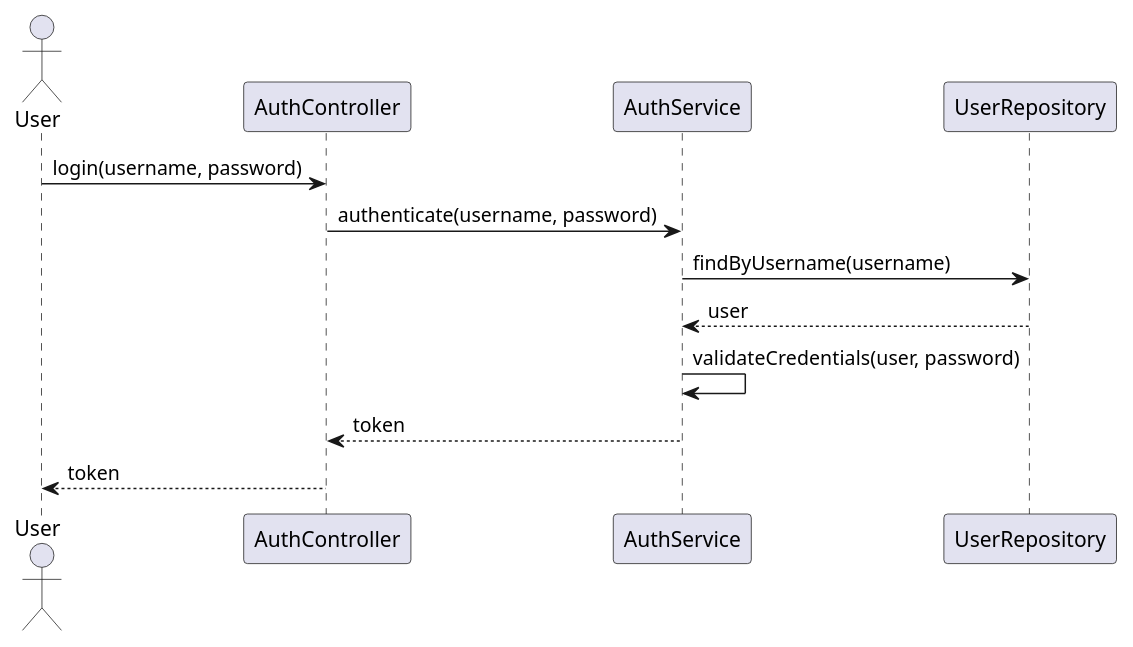
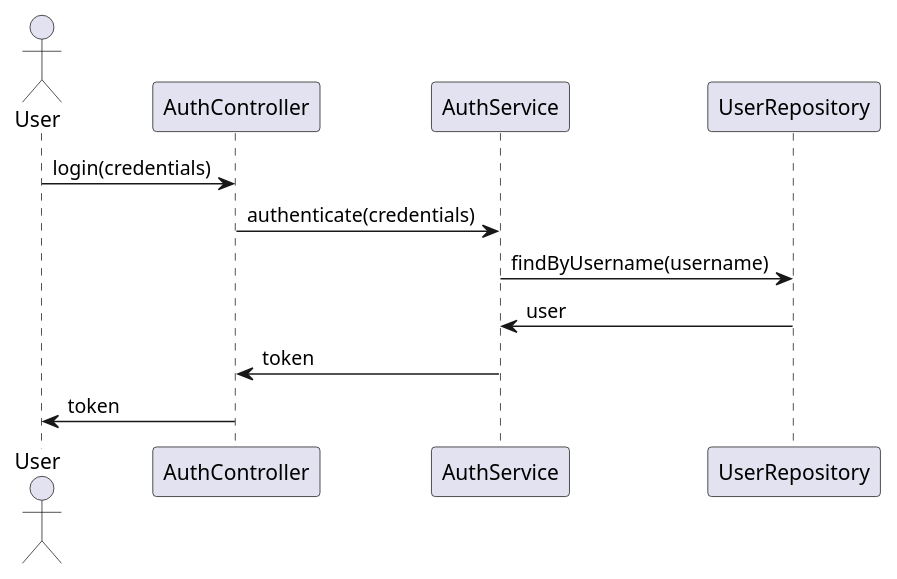
Before and after one commit to Dinesh-s95/AutoDoc.ai: the second of 4 diagrams in enrollment/documentation/detaileddesign.adoc, drawn with PlantUML. The commit also changed other lines of this file and 4 other files, not shown here.

```diff
--- a/enrollment/documentation/detaileddesign.adoc
+++ b/enrollment/documentation/detaileddesign.adoc
@@ -206,17 +206,16 @@
 [plantuml, authentication-sequence, png]
 ----
 @startuml
 actor User
-participant "AuthController" as Controller
-participant "AuthService" as Service
-participant "UserRepository" as Repository
+participant "AuthController" as AC
+participant "AuthService" as AS
+participant "UserRepository" as UR
 
-User -> Controller : login(username, password)
-Controller -> Service : authenticate(username, password)
-Service -> Repository : findByUsername(username)
-Repository --> Service : user
-Service -> Service : validateCredentials(user, password)
-Service --> Controller : token
-Controller --> User : token
+User -> AC : login(credentials)
+AC -> AS : authenticate(credentials)
+AS -> UR : findByUsername(username)
+UR -> AS : user
+AS -> AC : token
+AC -> User : token
 @enduml
 ----
```
